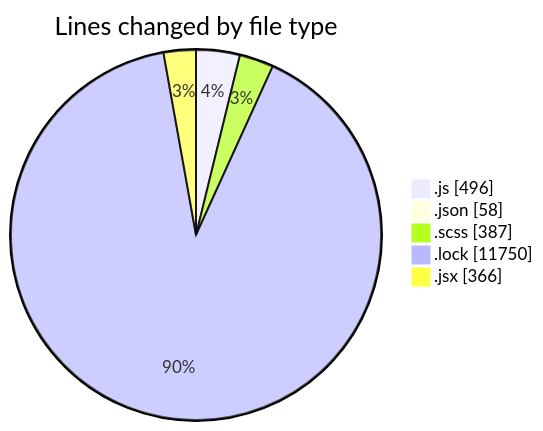
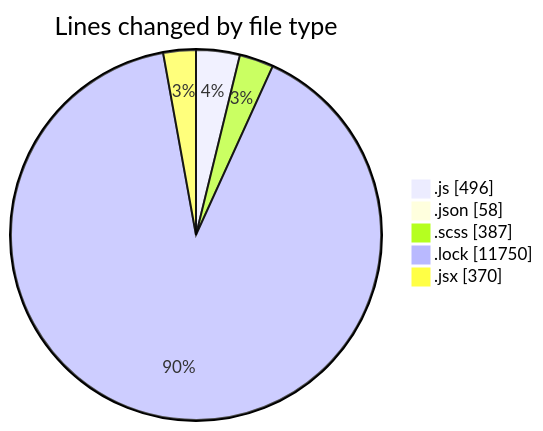
One commit to momahboobian/code-tracking changed the first of 2 diagrams in 2026-01-08/cda/README.md. Above: the diagram before and after it, drawn with Mermaid. The commit also changed other lines of this file and 1 other file, not shown here.

````diff
--- a/2026-01-08/cda/README.md
+++ b/2026-01-08/cda/README.md
@@ -37,9 +37,9 @@
 ```mermaid
 pie showData
 title Lines changed by file type
 ".js" : 496
 ".json" : 58
 ".scss" : 387
 ".lock" : 11750
-".jsx" : 366
+".jsx" : 370
 ```
````
